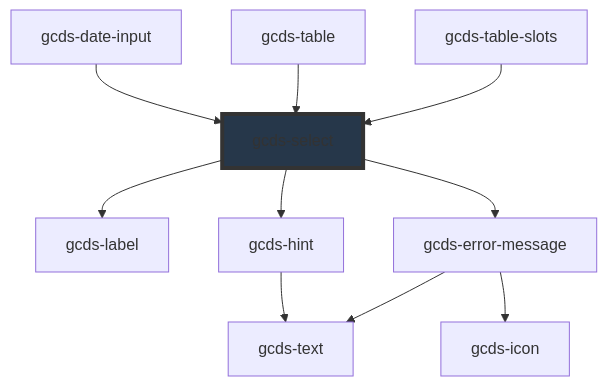
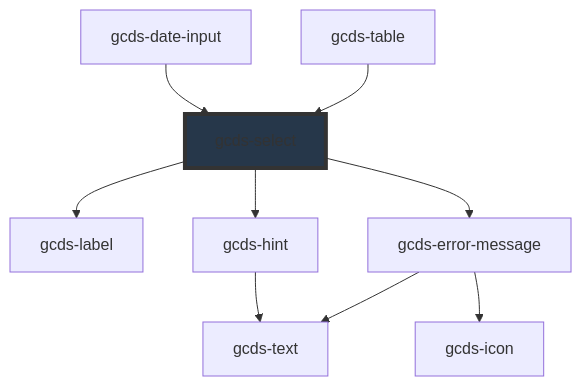
The diagram in packages/web/src/components/gcds-select/readme.md (cds-snc/gcds-components), drawn with Mermaid before and after one commit. The commit also changed other lines of this file and 27 other files, not shown here.

Commit message:
feat: add dynamic slots to gcds-table

````diff
--- a/packages/web/src/components/gcds-select/readme.md
+++ b/packages/web/src/components/gcds-select/readme.md
@@ -108,13 +107,12 @@
 ```mermaid
 graph TD;
   gcds-select --> gcds-label
   gcds-select --> gcds-hint
   gcds-select --> gcds-error-message
   gcds-hint --> gcds-text
   gcds-error-message --> gcds-text
   gcds-error-message --> gcds-icon
   gcds-date-input --> gcds-select
   gcds-table --> gcds-select
-  gcds-table-slots --> gcds-select
   style gcds-select fill:#26374a,stroke:#333,stroke-width:4px
 ```
````
